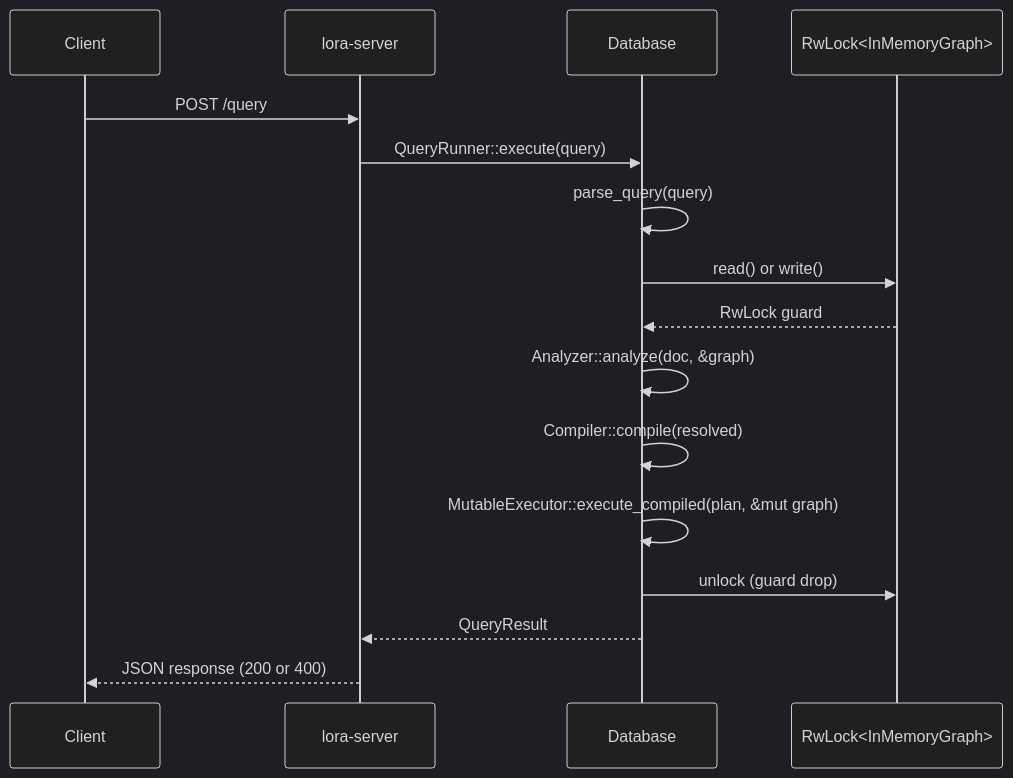
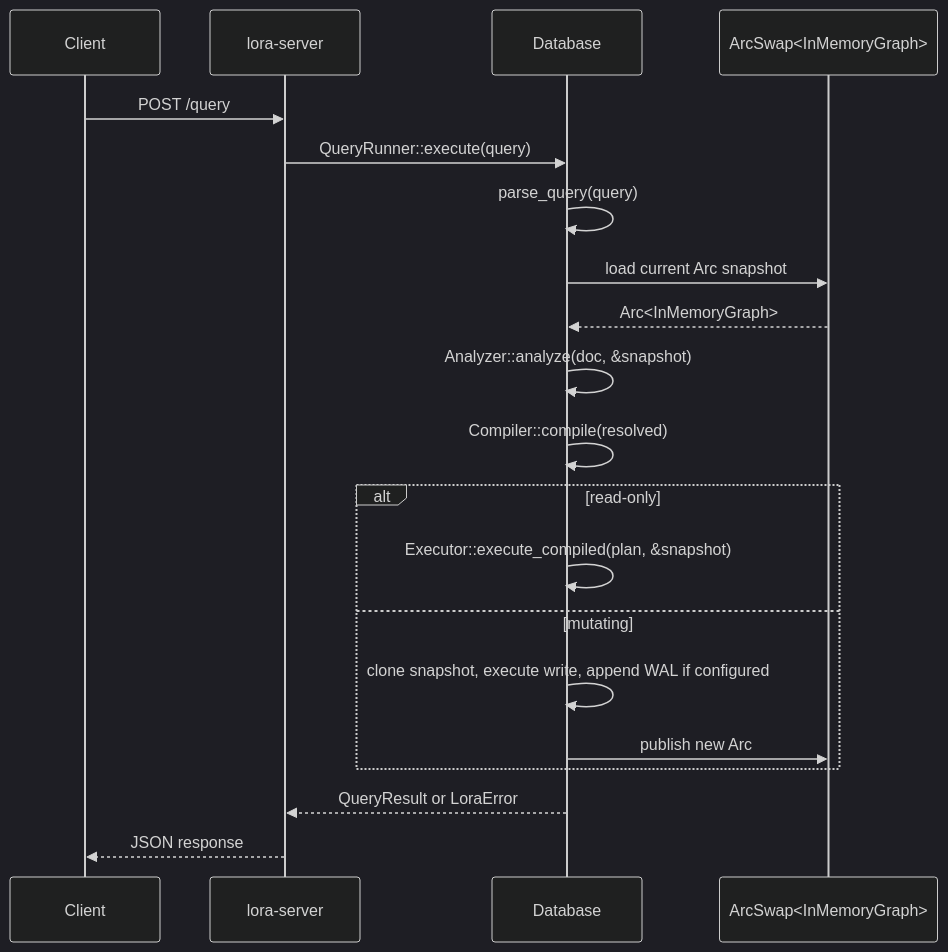
The diagram in docs/architecture/data-flow.md (lora-db/lora), drawn with Mermaid (dark theme) before and after one commit. The commit also changed other lines of this file and 48 other files, not shown here.

Commit message:
docs: align graph database docs with implementation

````diff
--- a/docs/architecture/data-flow.md
+++ b/docs/architecture/data-flow.md
@@ -160,19 +176,23 @@
 ```mermaid
 sequenceDiagram
     participant C as Client
     participant S as lora-server
     participant D as Database
-    participant M as RwLock<InMemoryGraph>
+    participant M as ArcSwap<InMemoryGraph>
 
     C->>S: POST /query
     S->>D: QueryRunner::execute(query)
     D->>D: parse_query(query)
-    D->>M: read() or write()
-    M-->>D: RwLock guard
-    D->>D: Analyzer::analyze(doc, &graph)
+    D->>M: load current Arc snapshot
+    M-->>D: Arc<InMemoryGraph>
+    D->>D: Analyzer::analyze(doc, &snapshot)
     D->>D: Compiler::compile(resolved)
-    D->>D: MutableExecutor::execute_compiled(plan, &mut graph)
-    D->>M: unlock (guard drop)
-    D-->>S: QueryResult
-    S-->>C: JSON response (200 or 400)
+    alt read-only
+        D->>D: Executor::execute_compiled(plan, &snapshot)
+    else mutating
+        D->>D: clone snapshot, execute write, append WAL if configured
+        D->>M: publish new Arc
+    end
+    D-->>S: QueryResult or LoraError
+    S-->>C: JSON response
 ```
````
